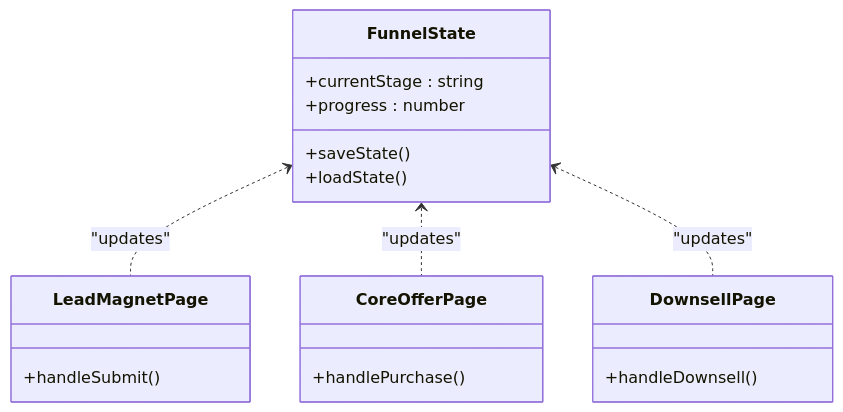
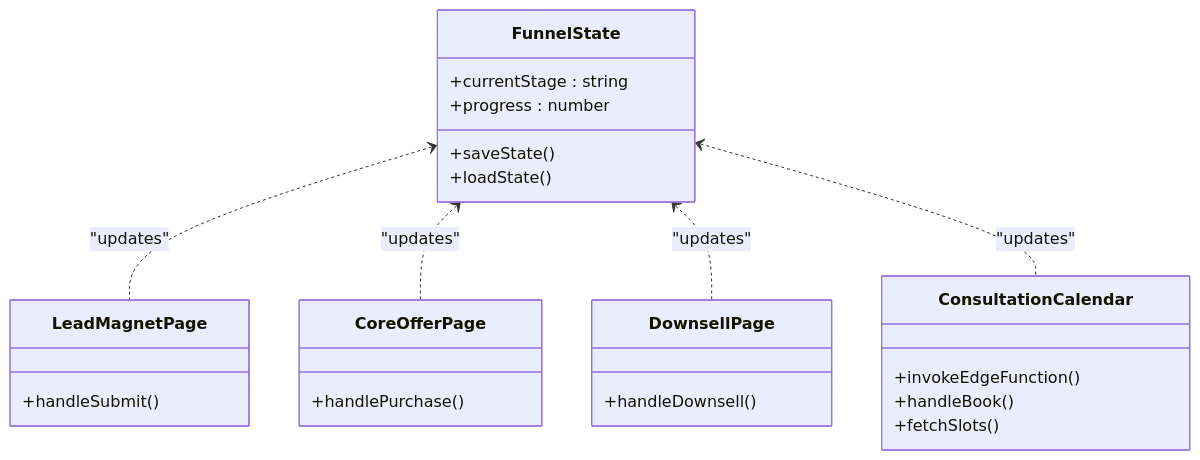
Before and after one commit to Hawky1/ryland: the seventh of 8 diagrams in .qoder/repowiki/en/content/Sales Funnel Pages.md, drawn with Mermaid. The commit also changed other lines of this file and 5 other files, not shown here.

Commit message:
Improve GHL calendar edge function: better logging, optional userId, strip traceId from response

````diff
--- a/.qoder/repowiki/en/content/Sales Funnel Pages.md
+++ b/.qoder/repowiki/en/content/Sales Funnel Pages.md
@@ -196,21 +243,27 @@
 ```mermaid
 classDiagram
 class FunnelState {
 +currentStage : string
 +progress : number
 +saveState()
 +loadState()
 }
 class LeadMagnetPage {
 +handleSubmit()
 }
 class CoreOfferPage {
 +handlePurchase()
 }
 class DownsellPage {
 +handleDownsell()
 }
+class ConsultationCalendar {
++invokeEdgeFunction()
++handleBook()
++fetchSlots()
+}
 FunnelState <.. LeadMagnetPage : "updates"
 FunnelState <.. CoreOfferPage : "updates"
 FunnelState <.. DownsellPage : "updates"
+FunnelState <.. ConsultationCalendar : "updates"
 ```
````
